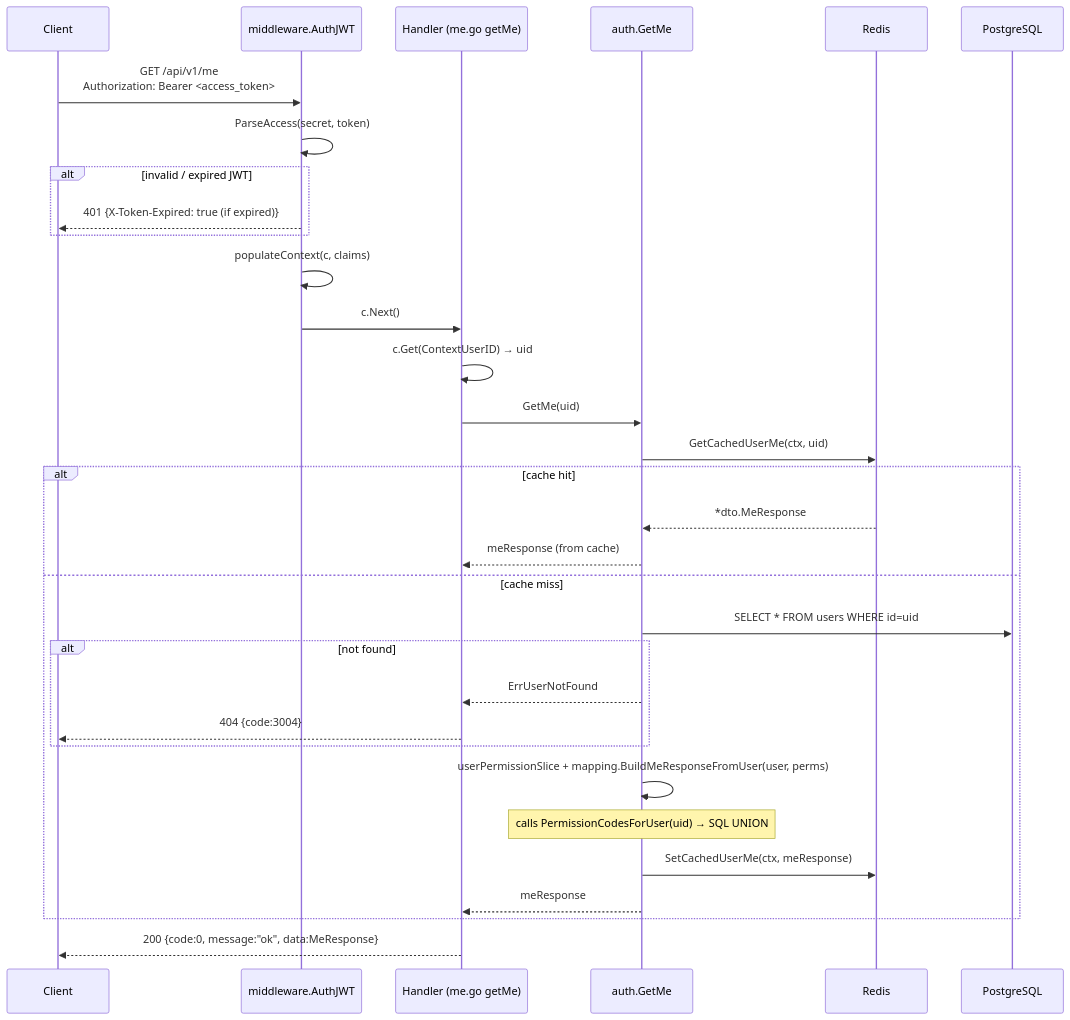
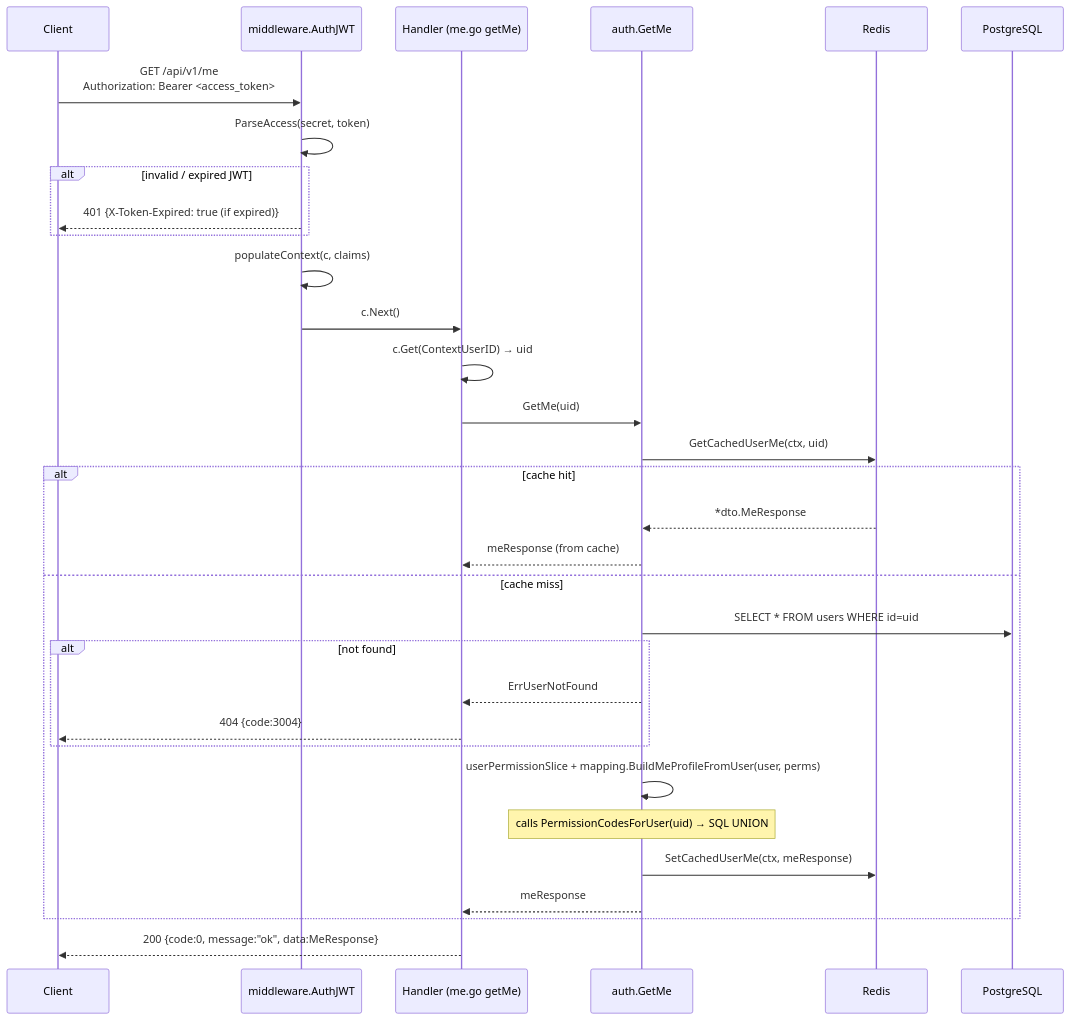
The sixth of 23 diagrams in docs/sequence_diagrams.md (lkienkle11/be-mycourse), drawn with Mermaid before and after one commit. The commit also changed 11 other files, not shown here.

````diff
--- a/docs/sequence_diagrams.md
+++ b/docs/sequence_diagrams.md
@@ -333,38 +333,38 @@
 ```mermaid
 sequenceDiagram
     participant C as Client
     participant MW as middleware.AuthJWT
     participant H as Handler (me.go getMe)
     participant SVC as auth.GetMe
     participant Cache as Redis
     participant DB as PostgreSQL
 
     C->>MW: GET /api/v1/me<br/>Authorization: Bearer <access_token>
     MW->>MW: ParseAccess(secret, token)
     alt invalid / expired JWT
         MW-->>C: 401 {X-Token-Expired: true (if expired)}
     end
     MW->>MW: populateContext(c, claims)
     MW->>H: c.Next()
 
     H->>H: c.Get(ContextUserID) → uid
     H->>SVC: GetMe(uid)
 
     SVC->>Cache: GetCachedUserMe(ctx, uid)
     alt cache hit
         Cache-->>SVC: *dto.MeResponse
         SVC-->>H: meResponse (from cache)
     else cache miss
         SVC->>DB: SELECT * FROM users WHERE id=uid
         alt not found
             SVC-->>H: ErrUserNotFound
             H-->>C: 404 {code:3004}
         end
-        SVC->>SVC: userPermissionSlice + mapping.BuildMeResponseFromUser(user, perms)
+        SVC->>SVC: userPermissionSlice + mapping.BuildMeProfileFromUser(user, perms)
         Note over SVC: calls PermissionCodesForUser(uid) → SQL UNION
         SVC->>Cache: SetCachedUserMe(ctx, meResponse)
         SVC-->>H: meResponse
     end
 
     H-->>C: 200 {code:0, message:"ok", data:MeResponse}
 ```
````
